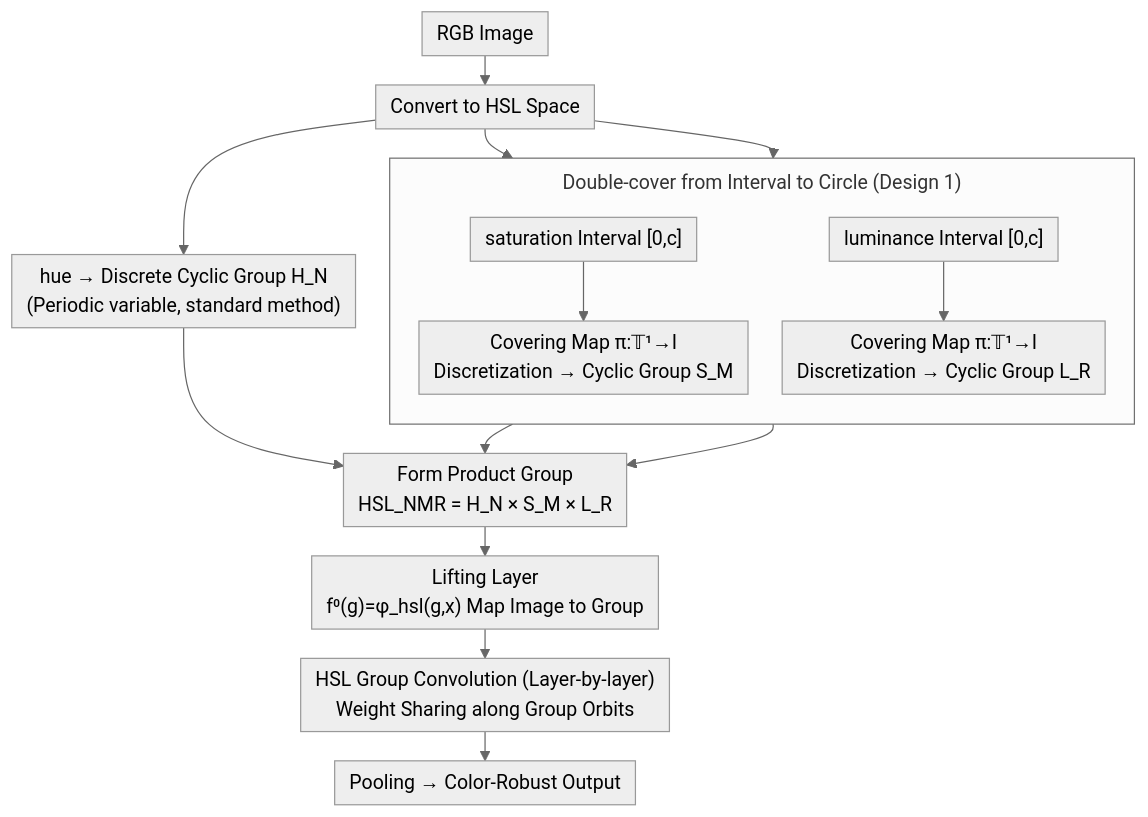
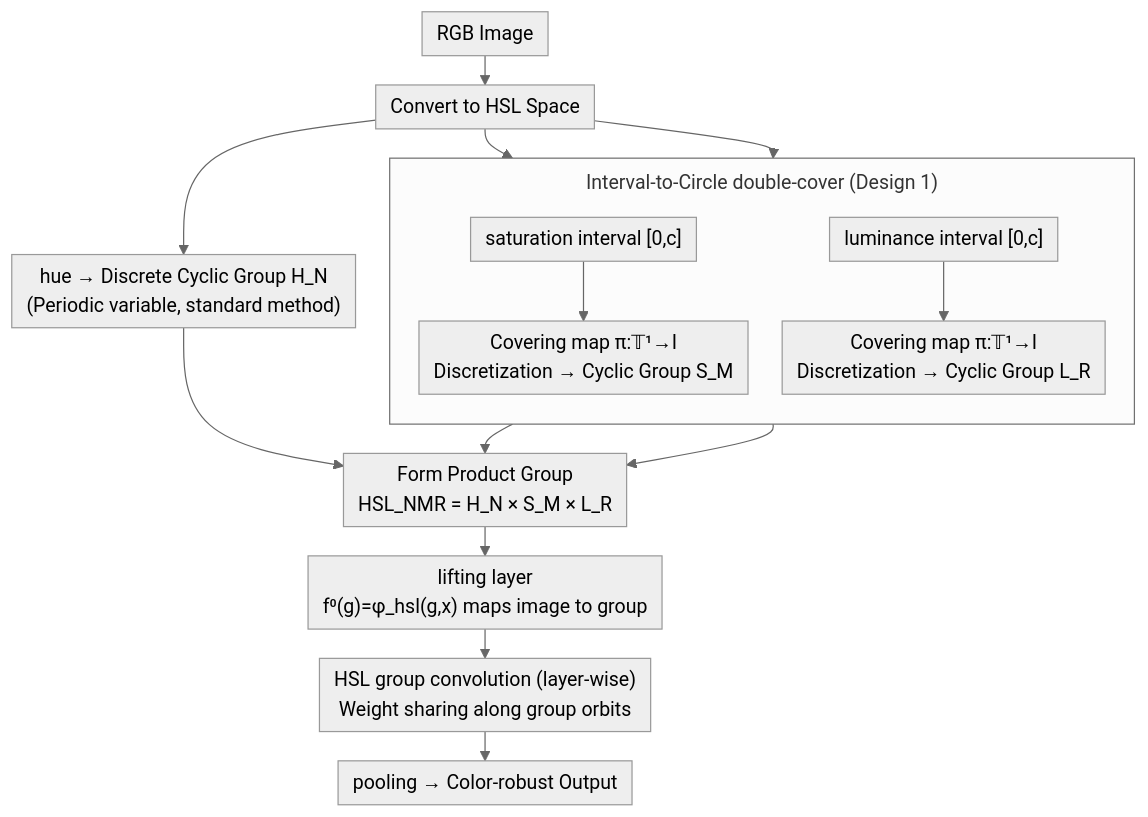
Before and after one commit to zhaoyang97/Paper-Notes-en: the diagram in docs/ICML2026/others/a_hypertoroidal_covering_for_perfect_color_equivariance.md, drawn with Mermaid (neutral theme). The commit also changed other lines of this file and 5084 other files, not shown here.

````diff
--- a/docs/ICML2026/others/a_hypertoroidal_covering_for_perfect_color_equivariance.md
+++ b/docs/ICML2026/others/a_hypertoroidal_covering_for_perfect_color_equivariance.md
@@ -41,19 +41,19 @@
 ```mermaid
 %%{init: {'flowchart': {'rankSpacing': 24, 'nodeSpacing': 28, 'padding': 6, 'wrappingWidth': 400, 'subGraphTitleMargin': {'top': 8, 'bottom': 16}}}}%%
 flowchart TD
     A["RGB Image"] --> B["Convert to HSL Space"]
     B --> C["hue → Discrete Cyclic Group H_N<br/>(Periodic variable, standard method)"]
-    subgraph DC["Double-cover from Interval to Circle (Design 1)"]
+    subgraph DC["Interval-to-Circle double-cover (Design 1)"]
         direction TB
-        D["saturation Interval [0,c]"] --> E["Covering Map π:𝕋¹→I<br/>Discretization → Cyclic Group S_M"]
-        F["luminance Interval [0,c]"] --> G["Covering Map π:𝕋¹→I<br/>Discretization → Cyclic Group L_R"]
+        D["saturation interval [0,c]"] --> E["Covering map π:𝕋¹→I<br/>Discretization → Cyclic Group S_M"]
+        F["luminance interval [0,c]"] --> G["Covering map π:𝕋¹→I<br/>Discretization → Cyclic Group L_R"]
     end
     B --> D
     B --> F
     C --> H["Form Product Group<br/>HSL_NMR = H_N × S_M × L_R"]
     E --> H
     G --> H
-    H --> I["Lifting Layer<br/>f⁰(g)=φ_hsl(g,x) Map Image to Group"]
-    I --> J["HSL Group Convolution (Layer-by-layer)<br/>Weight Sharing along Group Orbits"]
-    J --> K["Pooling → Color-Robust Output"]
+    H --> I["lifting layer<br/>f⁰(g)=φ_hsl(g,x) maps image to group"]
+    I --> J["HSL group convolution (layer-wise)<br/>Weight sharing along group orbits"]
+    J --> K["pooling → Color-robust Output"]
 ```
````
